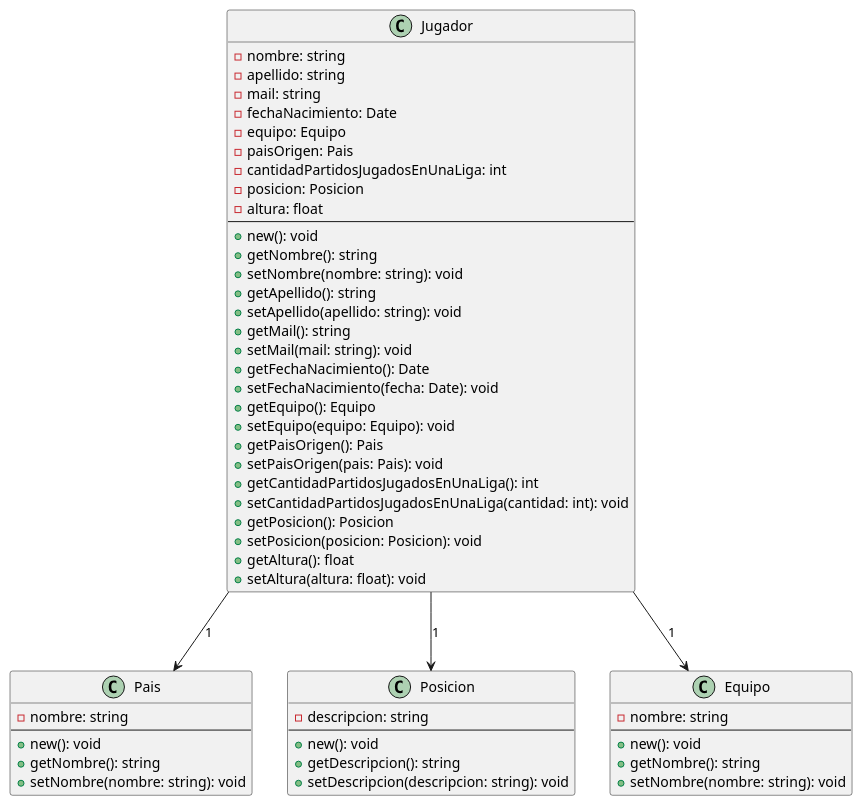
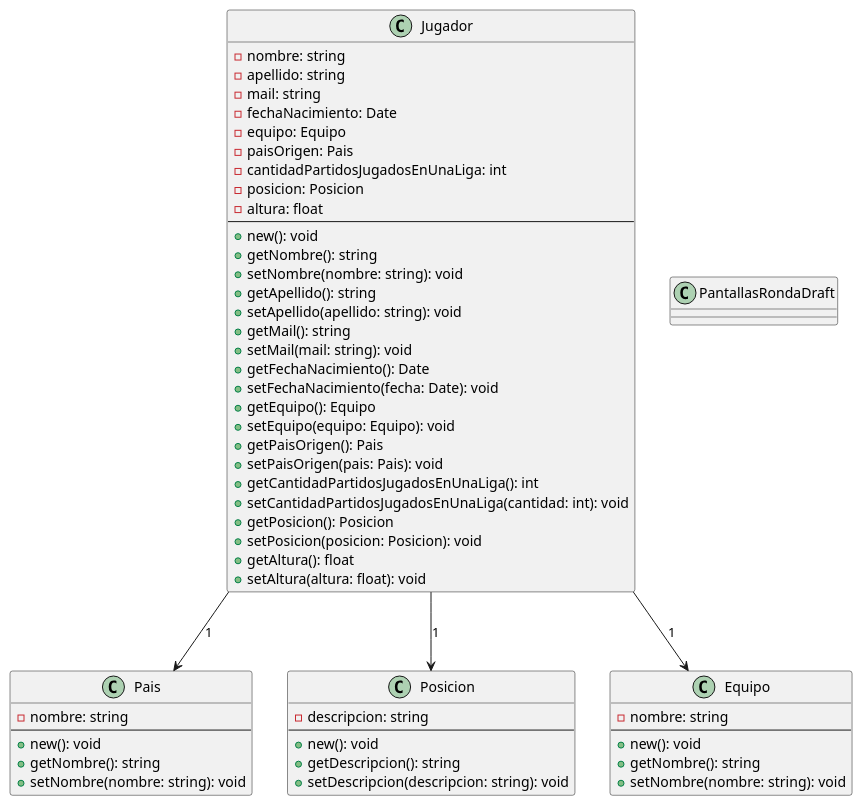
Before and after one commit to FeliDB/Diagramas_PUML: the diagram in NBA/claseJugador.puml, drawn with PlantUML. The commit also changed 4 other files, not shown here.

```diff
--- a/NBA/claseJugador.puml
+++ b/NBA/claseJugador.puml
@@ -1,63 +1,69 @@
 @startuml
 
 class Jugador{
     -nombre: string
     -apellido: string
     -mail: string
     -fechaNacimiento: Date
     -equipo: Equipo
     -paisOrigen: Pais
     -cantidadPartidosJugadosEnUnaLiga: int
     -posicion: Posicion
     -altura: float
     --
     +new(): void
     +getNombre(): string
     +setNombre(nombre: string): void
     +getApellido(): string
     +setApellido(apellido: string): void
     +getMail(): string
     +setMail(mail: string): void
     +getFechaNacimiento(): Date
     +setFechaNacimiento(fecha: Date): void
     +getEquipo(): Equipo
     +setEquipo(equipo: Equipo): void
     +getPaisOrigen(): Pais
     +setPaisOrigen(pais: Pais): void
     +getCantidadPartidosJugadosEnUnaLiga(): int
     +setCantidadPartidosJugadosEnUnaLiga(cantidad: int): void
     +getPosicion(): Posicion
     +setPosicion(posicion: Posicion): void
     +getAltura(): float
     +setAltura(altura: float): void
 }
 
 class Pais{
     -nombre: string
     --
     +new(): void
     +getNombre(): string
     +setNombre(nombre: string): void
 }
 
 class Posicion{
     -descripcion: string
     --
     +new(): void
     +getDescripcion(): string
     +setDescripcion(descripcion: string): void
 }
 
 class Equipo{
     -nombre: string
     --
     +new(): void
     +getNombre(): string
     +setNombre(nombre: string): void
 }
 
+class PantallasRondaDraft{
+    
+}
+
+
+
 Jugador --> Pais: 1
 Jugador --> Posicion: 1
 Jugador --> Equipo: 1
 
 @enduml
```
